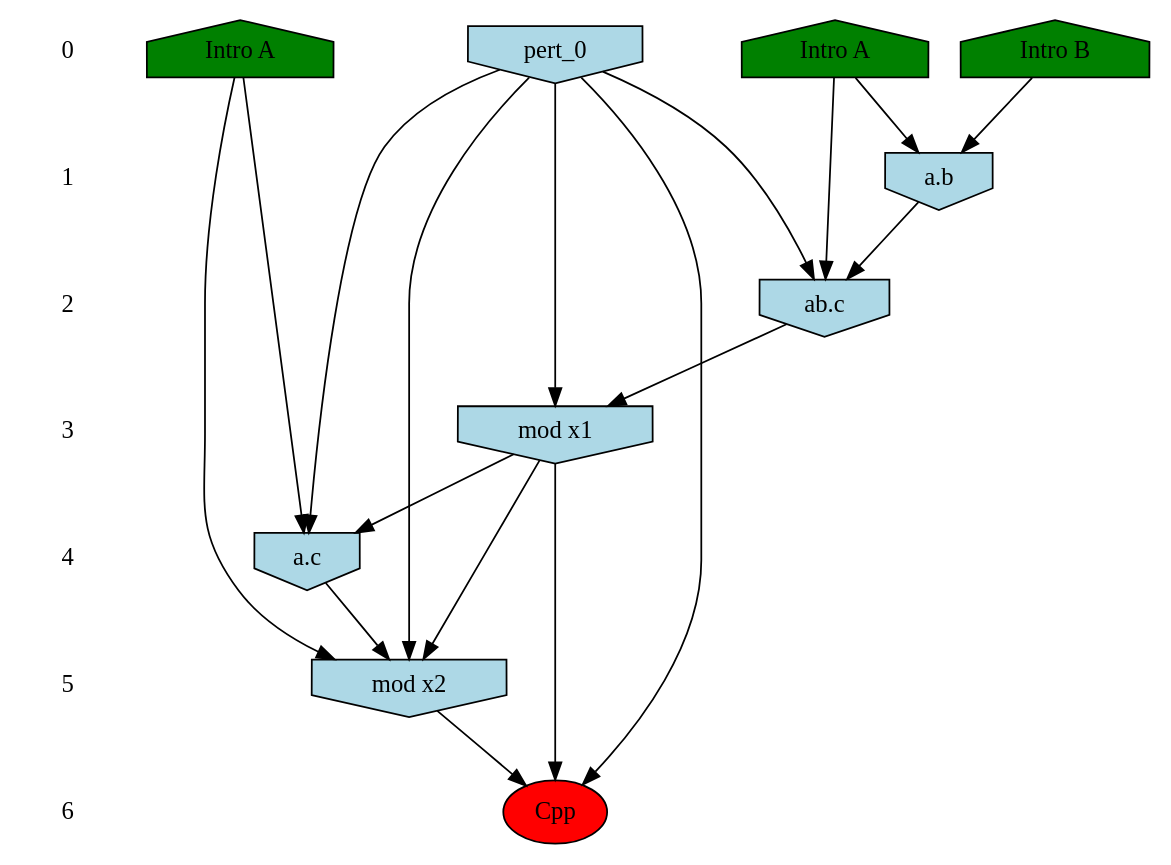
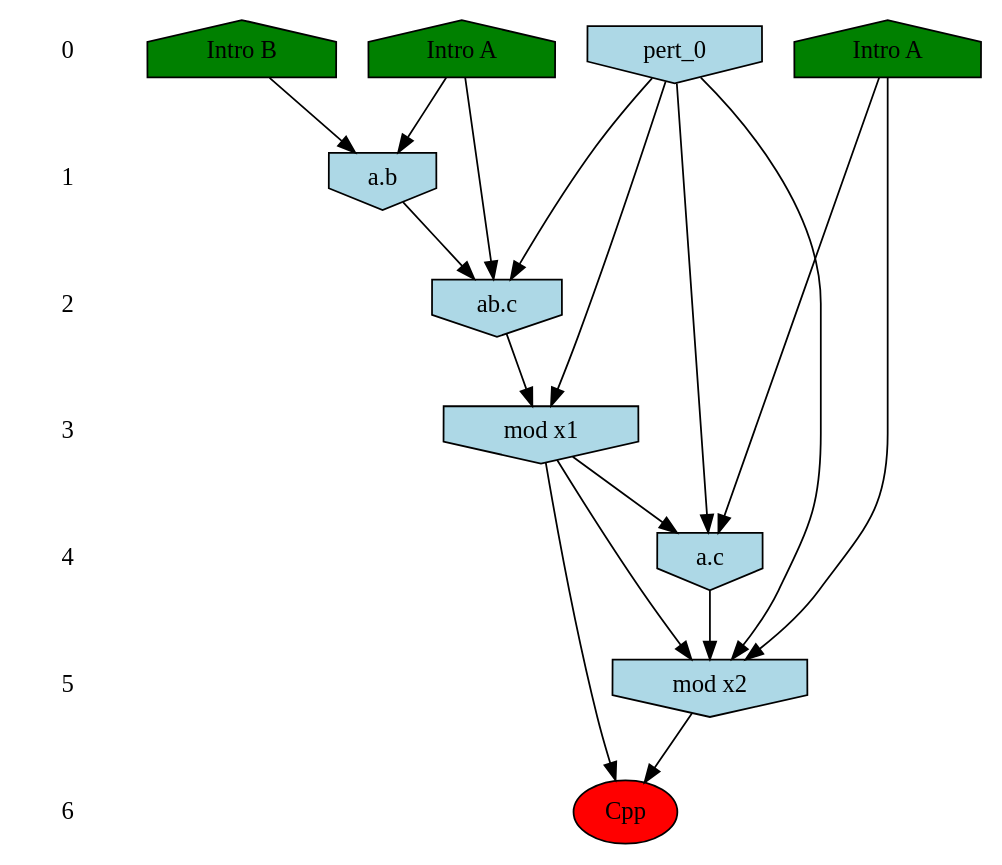
Before and after one commit to Kappa-Dev/KappaTools: the diagram in models/cflows/abc-pert/expected-output/cflowWeakly_0.dot, drawn with Graphviz. The commit also changed 40 other files, not shown here.

```diff
--- a/models/cflows/abc-pert/expected-output/cflowWeakly_0.dot
+++ b/models/cflows/abc-pert/expected-output/cflowWeakly_0.dot
@@ -1,48 +1,47 @@
 /* Compression of 10 causal flows obtained in average at 2.002966E+01 t.u */
 /* Compressed causal flows were: [10;9;8;7;6;5;4;3;2;1] */
 digraph G{
  ranksep=.5 ; 
 { rank = same ; "0" [shape=plaintext] ; node_1 [label ="Intro A", shape=house, style=filled, fillcolor=green] ;
 node_2 [label ="Intro B", shape=house, style=filled, fillcolor=green] ;
 node_3 [label ="Intro A", shape=house, style=filled, fillcolor=green] ;
 node_4 [label="pert_0", shape=invhouse, style=filled, fillcolor = lightblue] ;
 }
 { rank = same ; "1" [shape=plaintext] ; node_5 [label="a.b", shape=invhouse, style=filled, fillcolor = lightblue] ;
 }
 { rank = same ; "2" [shape=plaintext] ; node_6 [label="ab.c", shape=invhouse, style=filled, fillcolor = lightblue] ;
 }
 { rank = same ; "3" [shape=plaintext] ; node_7 [label="mod x1", shape=invhouse, style=filled, fillcolor = lightblue] ;
 }
 { rank = same ; "4" [shape=plaintext] ; node_8 [label="a.c", shape=invhouse, style=filled, fillcolor = lightblue] ;
 }
 { rank = same ; "5" [shape=plaintext] ; node_9 [label="mod x2", shape=invhouse, style=filled, fillcolor = lightblue] ;
 }
 { rank = same ; "6" [shape=plaintext] ; node_10 [label ="Cpp", style=filled, fillcolor=red] ;
 }
 "0" -> "1" [style="invis"]; 
 "1" -> "2" [style="invis"]; 
 "2" -> "3" [style="invis"]; 
 "3" -> "4" [style="invis"]; 
 "4" -> "5" [style="invis"]; 
 "5" -> "6" [style="invis"]; 
 node_2 -> node_5
 node_3 -> node_5
 node_3 -> node_6
 node_4 -> node_6
 node_5 -> node_6
 node_4 -> node_7
 node_6 -> node_7
 node_1 -> node_8
 node_4 -> node_8
 node_7 -> node_8
 node_1 -> node_9
 node_4 -> node_9
 node_7 -> node_9
 node_8 -> node_9
-node_4 -> node_10
 node_7 -> node_10
 node_9 -> node_10
 }
 /*
  Dot generation time: 0.000000
 */
```
